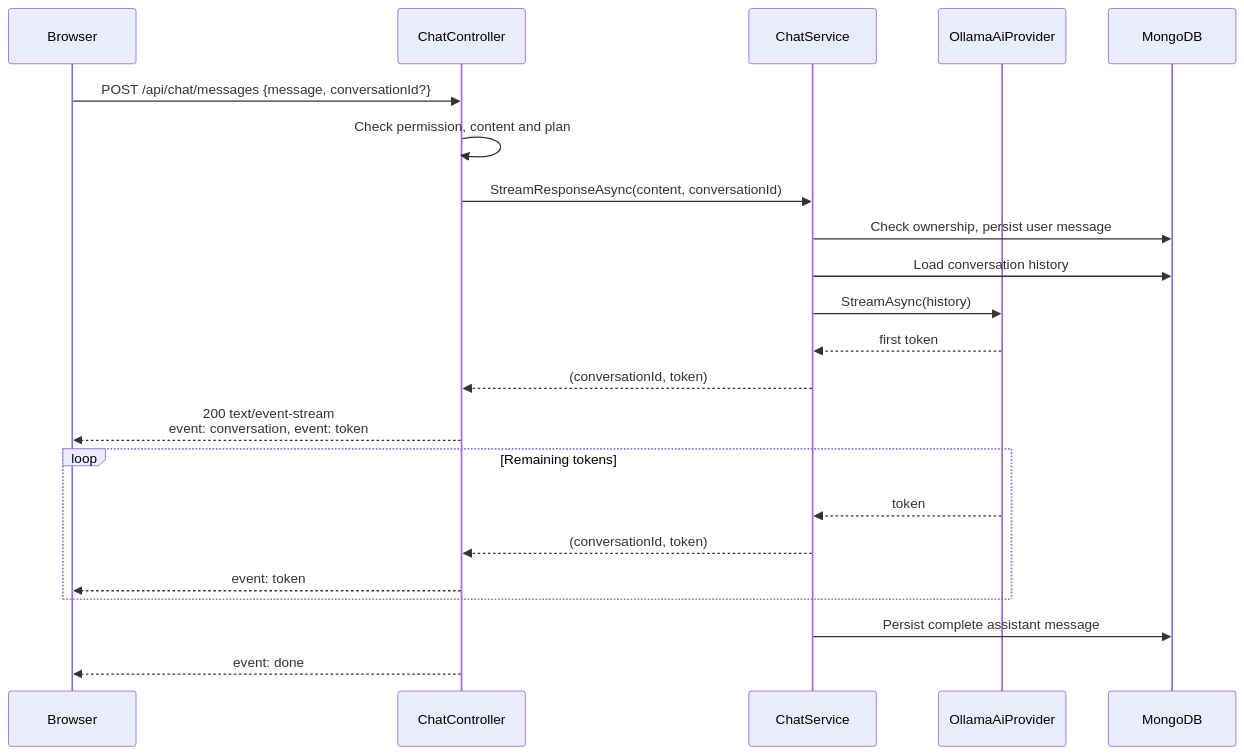
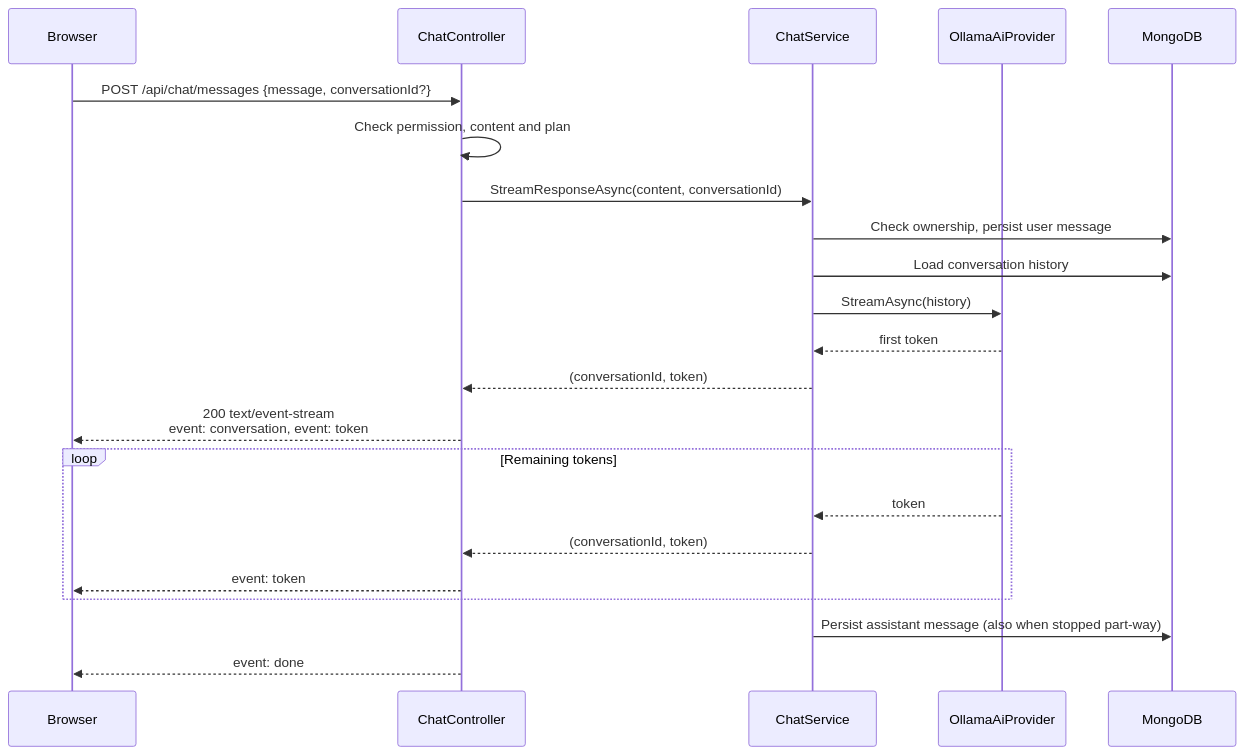
The second of 2 diagrams in README.md (asifarshadullah/chatapp), drawn with Mermaid before and after one commit. The commit also changed other lines of this file, not shown here.

````diff
--- a/README.md
+++ b/README.md
@@ -75,25 +76,25 @@
 ```mermaid
 sequenceDiagram
     participant Browser
     participant Api as ChatController
     participant Svc as ChatService
     participant Ollama as OllamaAiProvider
     participant Mongo as MongoDB
 
     Browser->>Api: POST /api/chat/messages {message, conversationId?}
     Api->>Api: Check permission, content and plan
     Api->>Svc: StreamResponseAsync(content, conversationId)
     Svc->>Mongo: Check ownership, persist user message
     Svc->>Mongo: Load conversation history
     Svc->>Ollama: StreamAsync(history)
     Ollama-->>Svc: first token
     Svc-->>Api: (conversationId, token)
     Api-->>Browser: 200 text/event-stream<br/>event: conversation, event: token
     loop Remaining tokens
         Ollama-->>Svc: token
         Svc-->>Api: (conversationId, token)
         Api-->>Browser: event: token
     end
-    Svc->>Mongo: Persist complete assistant message
+    Svc->>Mongo: Persist assistant message (also when stopped part-way)
     Api-->>Browser: event: done
 ```
````
